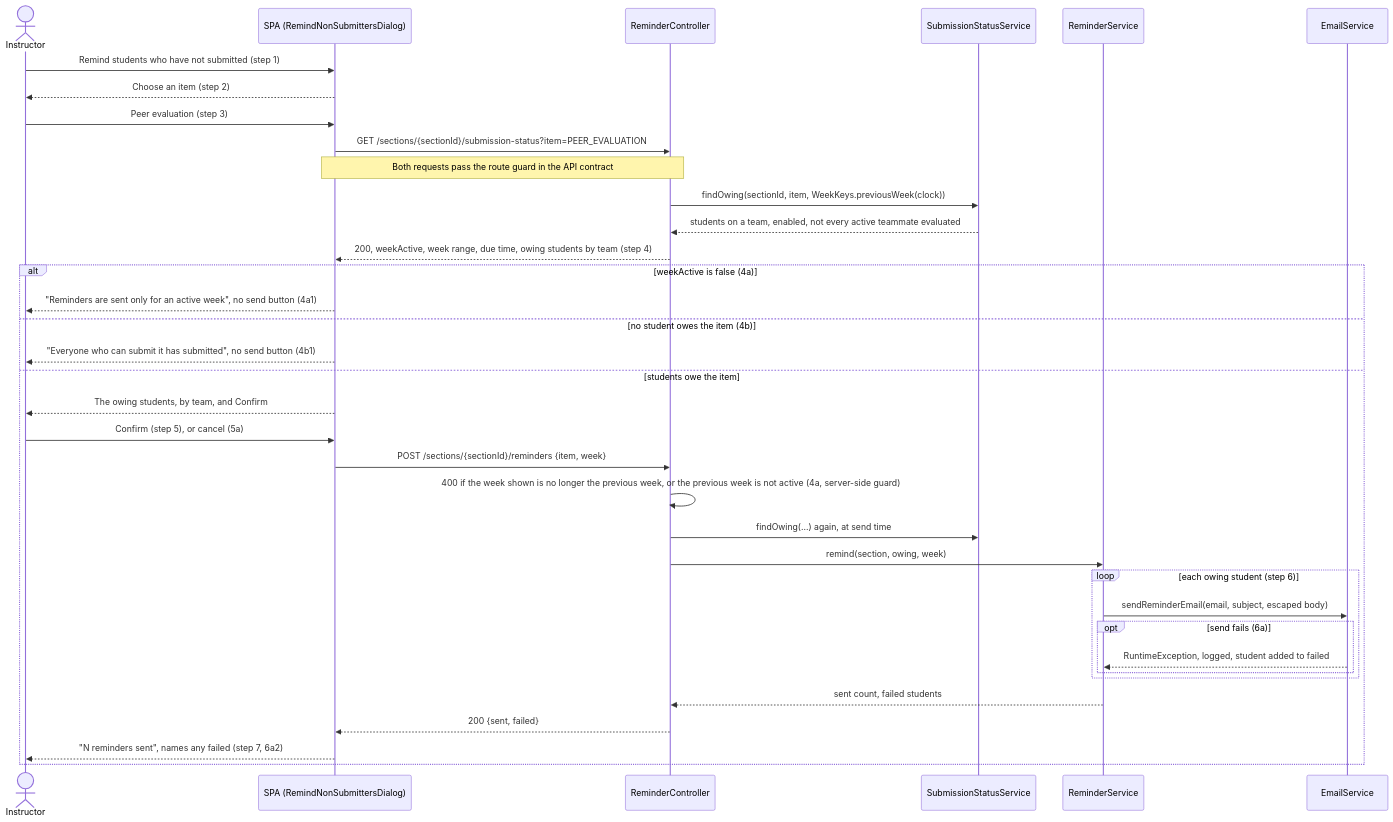
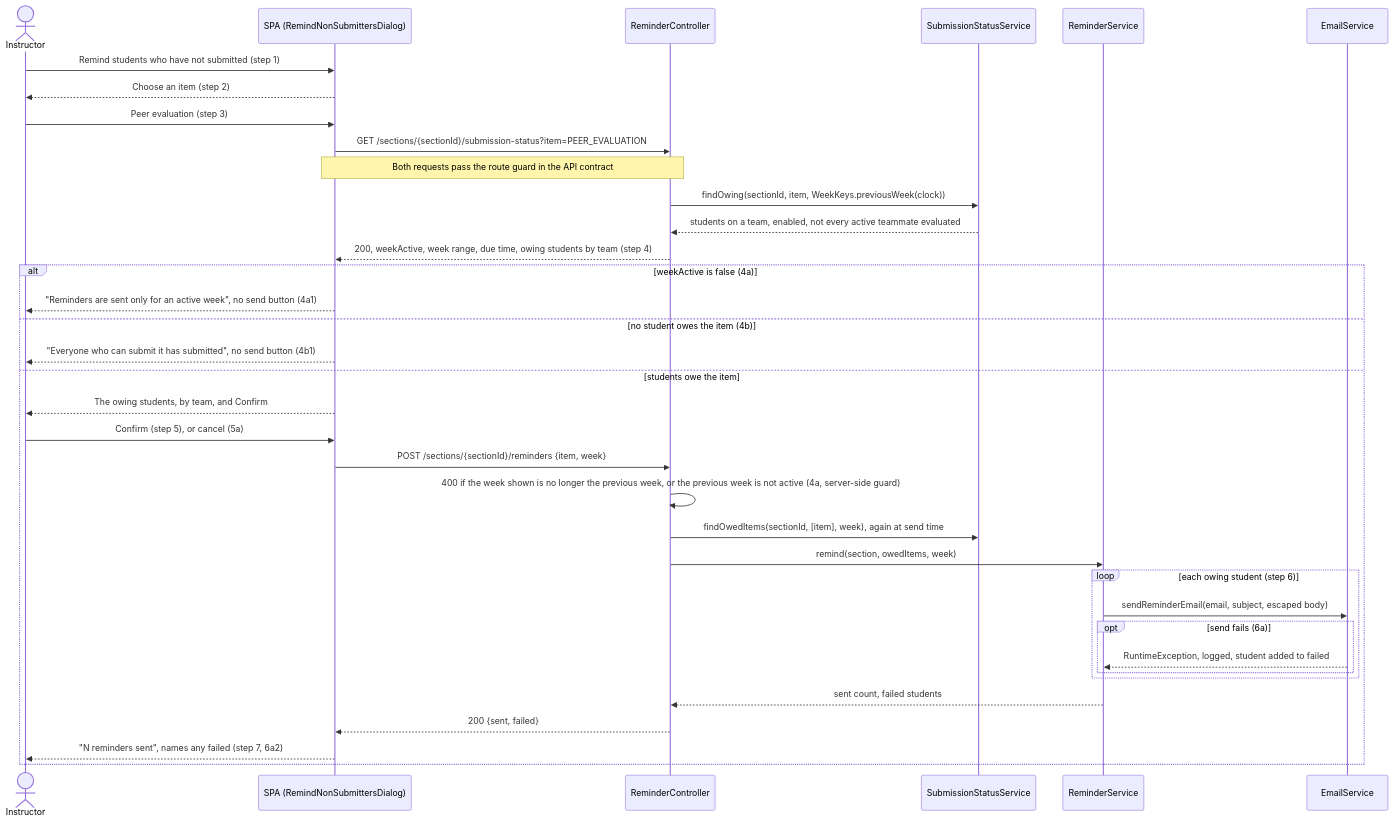
The second of 3 diagrams in docs/design/not.md (Washingtonwei/project-pulse), drawn with Mermaid before and after one commit. The commit also changed other lines of this file and 2 other files, not shown here.

Commit message:
refactor(not): on-demand reminder calls findOwedItems directly
sendReminders built the student-to-items map by hand from findOwing, which had just dropped that same map down to its keys. It now calls findOwedItems with the one item, as the scheduled reminder does. The not.md sequence diagram and rationale, and the traceability row, name the new call.

````diff
--- a/docs/design/not.md
+++ b/docs/design/not.md
@@ -86,38 +86,38 @@
 ```mermaid
 sequenceDiagram
     actor I as Instructor
     participant SPA as SPA (RemindNonSubmittersDialog)
     participant RC as ReminderController
     participant SS as SubmissionStatusService
     participant RS as ReminderService
     participant EM as EmailService
     I->>SPA: Remind students who have not submitted (step 1)
     SPA-->>I: Choose an item (step 2)
     I->>SPA: Peer evaluation (step 3)
     SPA->>RC: GET /sections/{sectionId}/submission-status?item=PEER_EVALUATION
     Note over SPA,RC: Both requests pass the route guard in the API contract
     RC->>SS: findOwing(sectionId, item, WeekKeys.previousWeek(clock))
     SS-->>RC: students on a team, enabled, not every active teammate evaluated
     RC-->>SPA: 200, weekActive, week range, due time, owing students by team (step 4)
     alt weekActive is false (4a)
         SPA-->>I: "Reminders are sent only for an active week", no send button (4a1)
     else no student owes the item (4b)
         SPA-->>I: "Everyone who can submit it has submitted", no send button (4b1)
     else students owe the item
         SPA-->>I: The owing students, by team, and Confirm
         I->>SPA: Confirm (step 5), or cancel (5a)
         SPA->>RC: POST /sections/{sectionId}/reminders {item, week}
         RC->>RC: 400 if the week shown is no longer the previous week, or the previous week is not active (4a, server-side guard)
-        RC->>SS: findOwing(...) again, at send time
-        RC->>RS: remind(section, owing, week)
+        RC->>SS: findOwedItems(sectionId, [item], week), again at send time
+        RC->>RS: remind(section, owedItems, week)
         loop each owing student (step 6)
             RS->>EM: sendReminderEmail(email, subject, escaped body)
             opt send fails (6a)
                 EM-->>RS: RuntimeException, logged, student added to failed
             end
         end
         RS-->>RC: sent count, failed students
         RC-->>SPA: 200 {sent, failed}
         SPA-->>I: "N reminders sent", names any failed (step 7, 6a2)
     end
 ```
````
